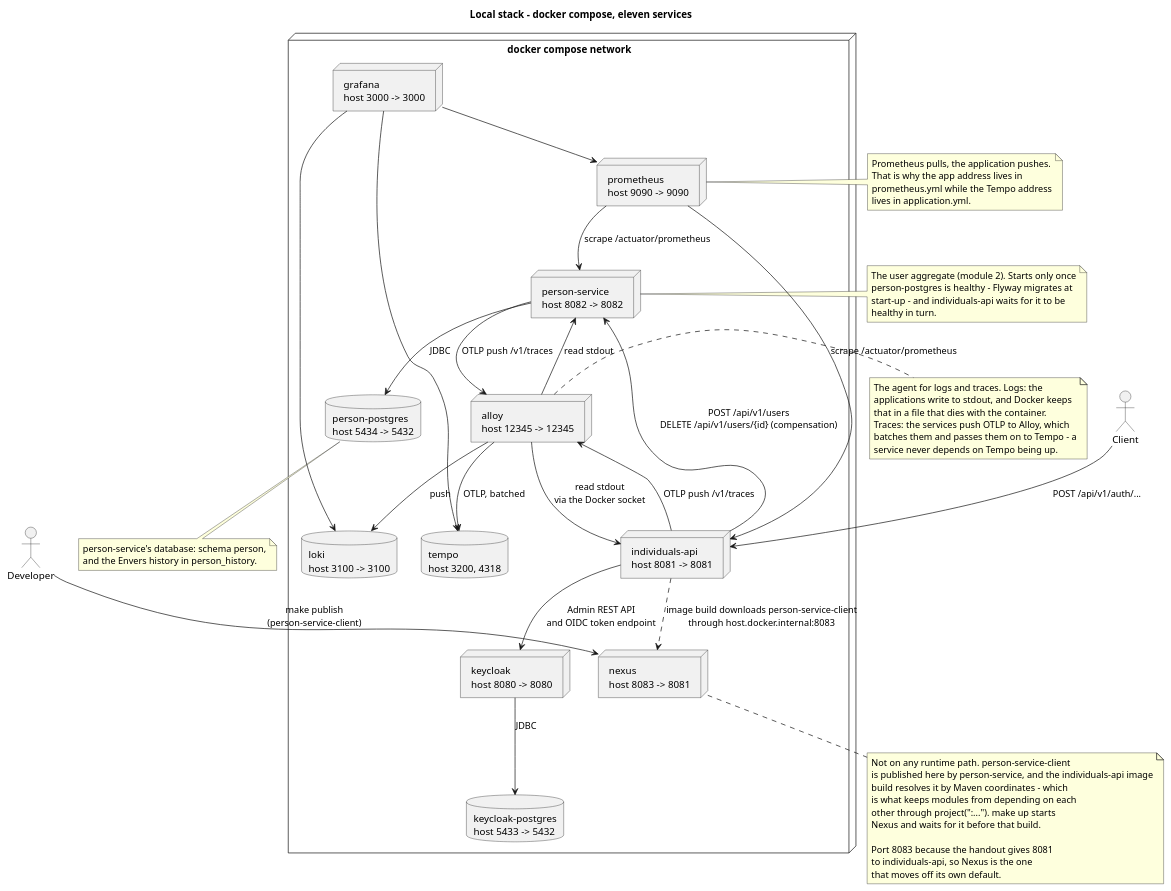
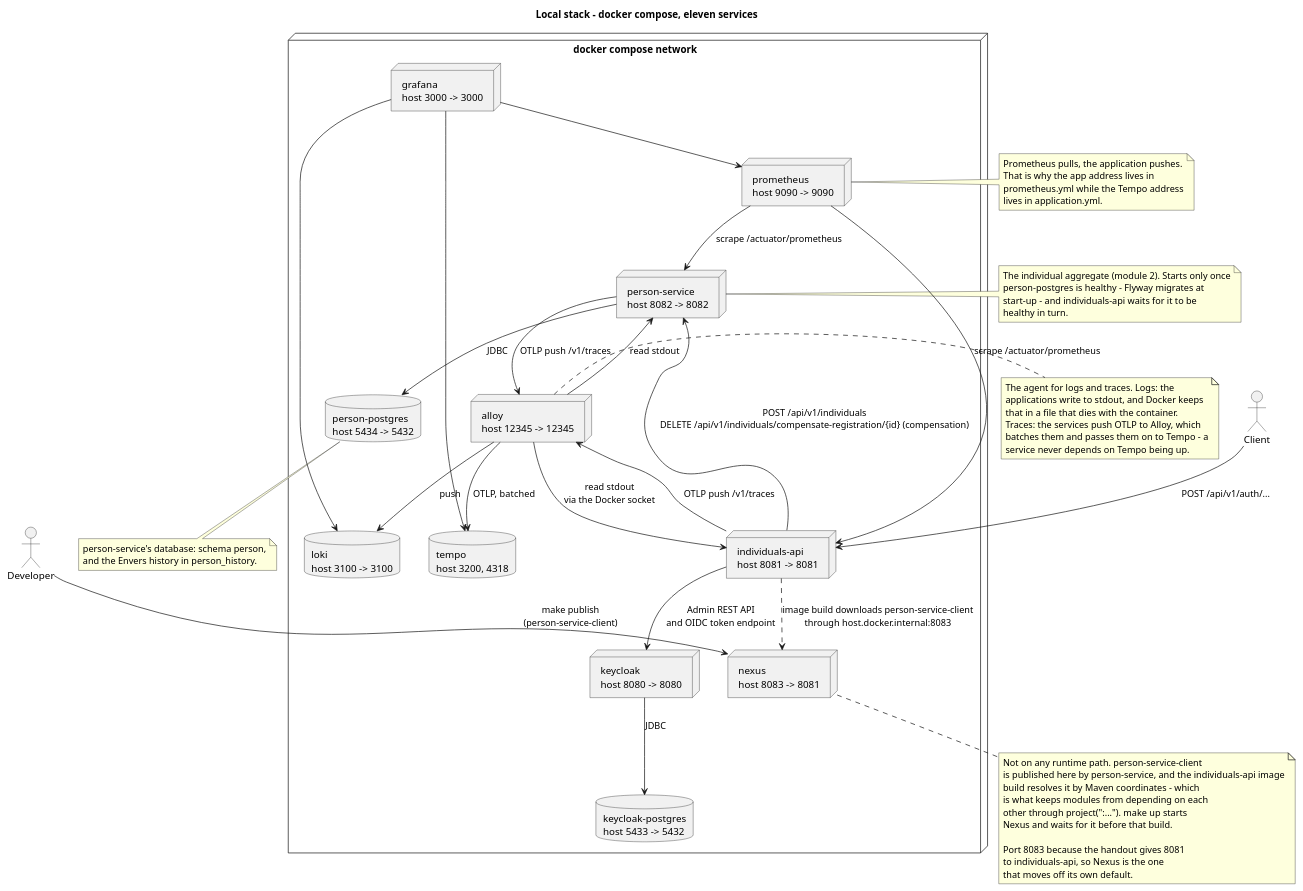
Before and after one commit to dezxxx/payment-platform: the diagram in docs/puml-diagrams/deployment.puml, drawn with PlantUML. The commit also changed 20 other files, not shown here.

Commit message:
docs: describe the Individual aggregate, soft delete and compensation

```diff
--- a/docs/puml-diagrams/deployment.puml
+++ b/docs/puml-diagrams/deployment.puml
@@ -1,86 +1,86 @@
 @startuml deployment
 title Local stack - docker compose, eleven services
 
 skinparam shadowing false
 
 actor Client
 actor Developer
 
 node "docker compose network" {
   node "individuals-api\nhost 8081 -> 8081" as API
   node "keycloak\nhost 8080 -> 8080" as KC
   database "keycloak-postgres\nhost 5433 -> 5432" as KCDB
   database "person-postgres\nhost 5434 -> 5432" as PSDB
   node "nexus\nhost 8083 -> 8081" as NEXUS
   node "person-service\nhost 8082 -> 8082" as PS
   node "prometheus\nhost 9090 -> 9090" as PROM
   node "alloy\nhost 12345 -> 12345" as ALLOY
   database "loki\nhost 3100 -> 3100" as LOKI
   database "tempo\nhost 3200, 4318" as TEMPO
   node "grafana\nhost 3000 -> 3000" as GRAF
 }
 
 Client --> API : POST /api/v1/auth/...
 API --> KC : Admin REST API\nand OIDC token endpoint
-API --> PS : POST /api/v1/users\nDELETE /api/v1/users/{id} (compensation)
+API --> PS : POST /api/v1/individuals\nDELETE /api/v1/individuals/compensate-registration/{id} (compensation)
 PS --> PSDB : JDBC
 KC --> KCDB : JDBC
 
 PROM --> API : scrape /actuator/prometheus
 PROM --> PS : scrape /actuator/prometheus
 ALLOY --> API : read stdout\nvia the Docker socket
 ALLOY --> PS : read stdout
 ALLOY --> LOKI : push
 API --> ALLOY : OTLP push /v1/traces
 PS --> ALLOY : OTLP push /v1/traces
 ALLOY --> TEMPO : OTLP, batched
 
 GRAF --> PROM
 GRAF --> LOKI
 GRAF --> TEMPO
 
 Developer --> NEXUS : make publish\n(person-service-client)
 API ..> NEXUS : image build downloads person-service-client\nthrough host.docker.internal:8083
 
 note right of PROM
   Prometheus pulls, the application pushes.
   That is why the app address lives in
   prometheus.yml while the Tempo address
   lives in application.yml.
 end note
 
 note bottom of NEXUS
   Not on any runtime path. person-service-client
   is published here by person-service, and the individuals-api image
   build resolves it by Maven coordinates - which
   is what keeps modules from depending on each
   other through project(":..."). make up starts
   Nexus and waits for it before that build.
 
   Port 8083 because the handout gives 8081
   to individuals-api, so Nexus is the one
   that moves off its own default.
 end note
 
 note right of PS
-  The user aggregate (module 2). Starts only once
+  The individual aggregate (module 2). Starts only once
   person-postgres is healthy - Flyway migrates at
   start-up - and individuals-api waits for it to be
   healthy in turn.
 end note
 
 note bottom of PSDB
   person-service's database: schema person,
   and the Envers history in person_history.
 end note
 
 note right of ALLOY
   The agent for logs and traces. Logs: the
   applications write to stdout, and Docker keeps
   that in a file that dies with the container.
   Traces: the services push OTLP to Alloy, which
   batches them and passes them on to Tempo - a
   service never depends on Tempo being up.
 end note
 
 @enduml
```
